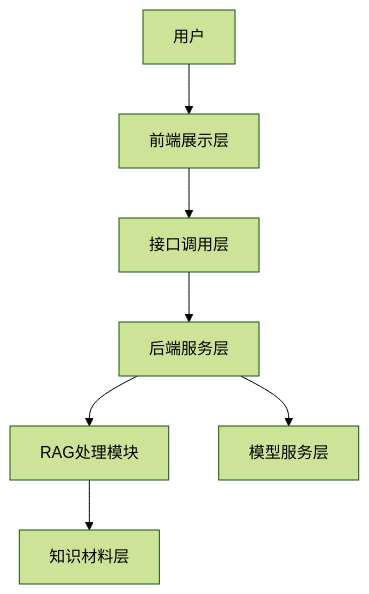
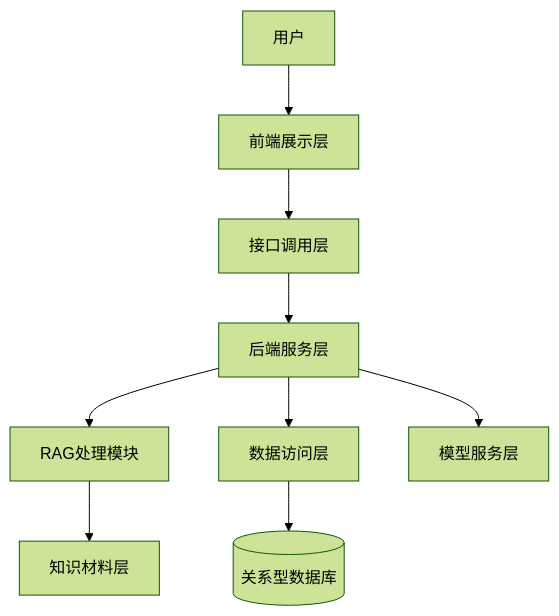
The second of 4 diagrams in documents/设计文档.md (BUCT-CS2301/QAsystem), drawn with Mermaid (forest theme) before and after one commit. The commit also changed other lines of this file, not shown here.

Commit message:
设计文档 架构图 修改

````diff
--- a/documents/设计文档.md
+++ b/documents/设计文档.md
@@ -118,9 +124,14 @@
 ```mermaid
 flowchart TB
     User[用户] --> Frontend[前端展示层]
     Frontend --> ApiLayer[接口调用层]
     ApiLayer --> Backend[后端服务层]
+
     Backend --> RagModule[RAG处理模块]
     RagModule --> KnowledgeBase[知识材料层]
+
+    Backend --> DataLayer[数据访问层]
+    DataLayer --> Database[(关系型数据库)]
+
     Backend --> LLMService[模型服务层]
 ```
````
